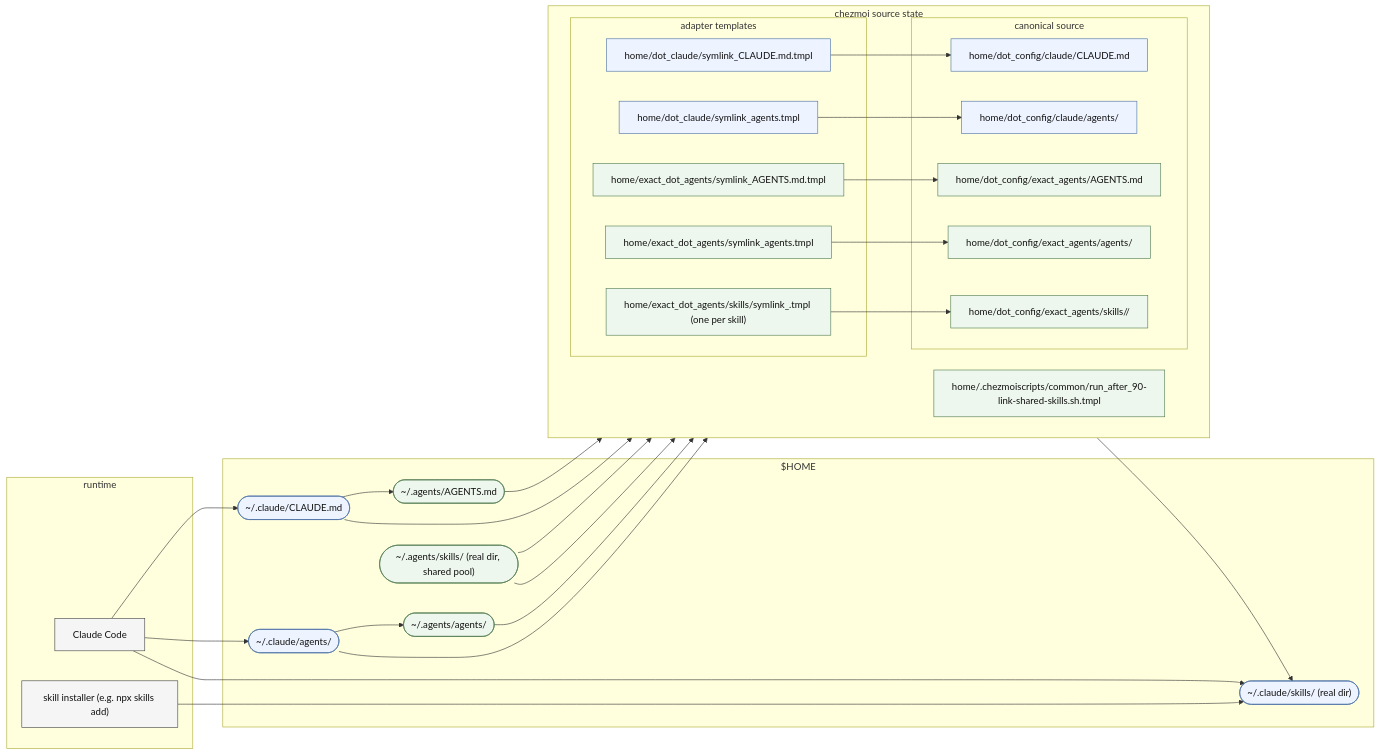
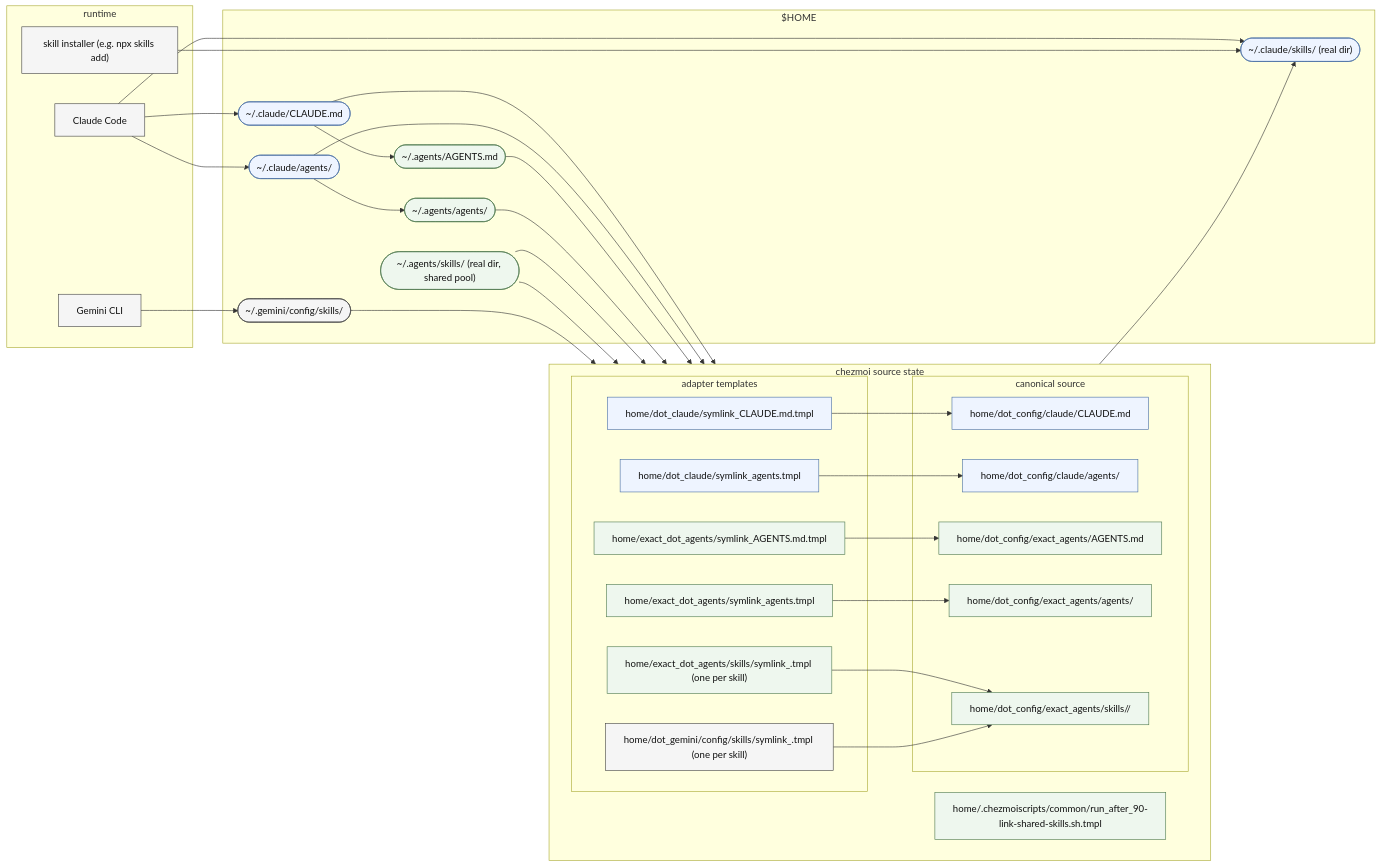
One commit to shunk031/dotfiles changed the diagram in home/dot_config/exact_agents/README.md. Above: the diagram before and after it, drawn with Mermaid. The commit also changed other lines of this file and 13 other files, not shown here.

Commit message:
refactor(agents): expose skills with per-skill symlinks

````diff
--- a/home/dot_config/exact_agents/README.md
+++ b/home/dot_config/exact_agents/README.md
@@ -19,65 +21,73 @@
 ```mermaid
 flowchart LR
   subgraph RUNTIME["runtime"]
     U_CLAUDE["Claude Code"]
     U_INSTALLER["skill installer (e.g. npx skills add)"]
+    U_GEMINI["Gemini CLI"]
   end
 
   subgraph HOME["$HOME"]
     H_CLAUDE(["~/.claude/CLAUDE.md"])
     H_CLAUDE_AGENTS(["~/.claude/agents/"])
     H_CLAUDE_SKILLS(["~/.claude/skills/ (real dir)"])
 
     H_SHARED(["~/.agents/AGENTS.md"])
     H_SHARED_AGENTS(["~/.agents/agents/"])
     H_SHARED_SKILLS(["~/.agents/skills/ (real dir, shared pool)"])
+
+    H_GEMINI_SKILLS(["~/.gemini/config/skills/"])
   end
 
   subgraph CHEZMOI["chezmoi source state"]
     direction LR
 
     subgraph ADAPTER["adapter templates"]
       A_CLAUDE["home/dot_claude/symlink_CLAUDE.md.tmpl"]
       A_CLAUDE_AGENTS["home/dot_claude/symlink_agents.tmpl"]
 
       A_SHARED["home/exact_dot_agents/symlink_AGENTS.md.tmpl"]
       A_SHARED_AGENTS["home/exact_dot_agents/symlink_agents.tmpl"]
       A_SHARED_SKILL["home/exact_dot_agents/skills/symlink_<name>.tmpl (one per skill)"]
+
+      A_GEMINI_SKILLS["home/dot_gemini/config/skills/symlink_<name>.tmpl (one per skill)"]
     end
 
     subgraph CANONICAL["canonical source"]
       S_CLAUDE["home/dot_config/claude/CLAUDE.md"]
       S_CLAUDE_AGENTS["home/dot_config/claude/agents/"]
 
       S_SHARED["home/dot_config/exact_agents/AGENTS.md"]
       S_SHARED_AGENTS["home/dot_config/exact_agents/agents/"]
       S_SHARED_SKILLS["home/dot_config/exact_agents/skills/<name>/"]
     end
 
     RUNAFTER["home/.chezmoiscripts/common/run_after_90-link-shared-skills.sh.tmpl"]
   end
 
   U_CLAUDE --> H_CLAUDE
   U_CLAUDE --> H_CLAUDE_AGENTS
   U_CLAUDE --> H_CLAUDE_SKILLS
   U_INSTALLER --> H_CLAUDE_SKILLS
+  U_GEMINI --> H_GEMINI_SKILLS
   H_CLAUDE --> H_SHARED
   H_CLAUDE_AGENTS --> H_SHARED_AGENTS
 
   H_CLAUDE --> A_CLAUDE --> S_CLAUDE
   H_CLAUDE_AGENTS --> A_CLAUDE_AGENTS --> S_CLAUDE_AGENTS
 
   H_SHARED --> A_SHARED --> S_SHARED
   H_SHARED_AGENTS --> A_SHARED_AGENTS --> S_SHARED_AGENTS
   H_SHARED_SKILLS --> A_SHARED_SKILL --> S_SHARED_SKILLS
 
   H_SHARED_SKILLS --> RUNAFTER --> H_CLAUDE_SKILLS
+  H_GEMINI_SKILLS --> A_GEMINI_SKILLS --> S_SHARED_SKILLS
 
   classDef runtime fill:#f5f5f5,stroke:#444,color:#111;
   classDef agents fill:#eef7ee,stroke:#4f7a4f,color:#111;
   classDef claude fill:#eef4ff,stroke:#4a6fa5,color:#111;
 
-  class U_CLAUDE,U_INSTALLER runtime;
+  class U_CLAUDE,U_INSTALLER,U_GEMINI runtime;
   class H_SHARED,H_SHARED_AGENTS,H_SHARED_SKILLS,A_SHARED,A_SHARED_AGENTS,A_SHARED_SKILL,S_SHARED,S_SHARED_AGENTS,S_SHARED_SKILLS,RUNAFTER agents;
   class H_CLAUDE,H_CLAUDE_AGENTS,H_CLAUDE_SKILLS,A_CLAUDE,A_CLAUDE_AGENTS,S_CLAUDE,S_CLAUDE_AGENTS claude;
+  class H_GEMINI_SKILLS,A_GEMINI_SKILLS runtime;
 ```
````
